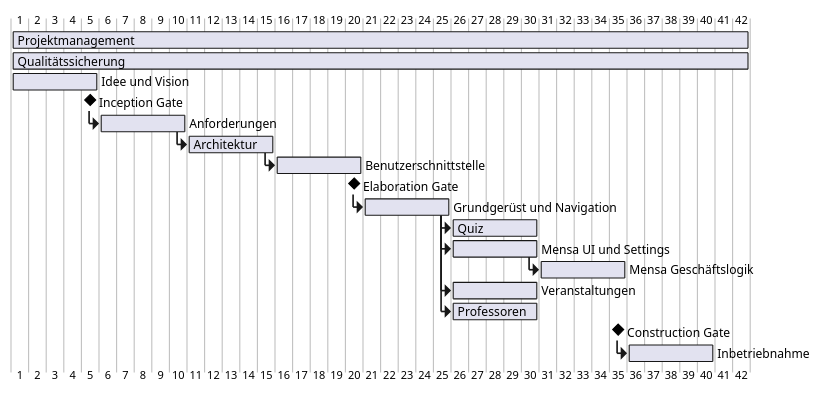
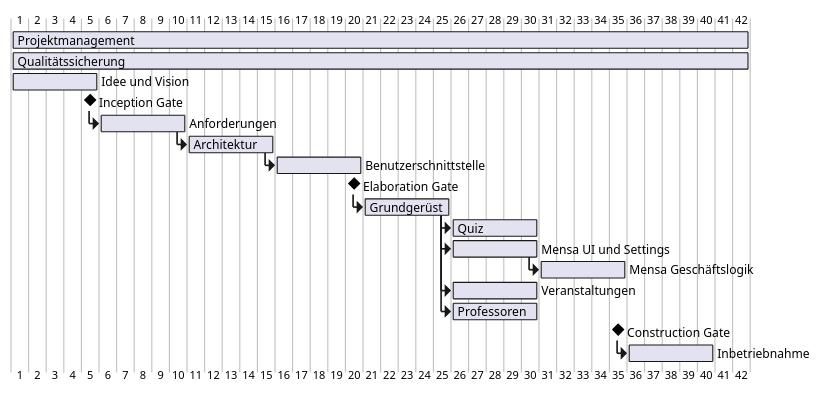
Before and after one commit to RobinNunkesser/plantuml: the diagram in companiongantt.pu, drawn with PlantUML. The commit also changed 10 other files, not shown here.

```diff
--- a/companiongantt.pu
+++ b/companiongantt.pu
@@ -1,28 +1,28 @@
 @startgantt
 [Projektmanagement] lasts 42 days
 [Qualitätssicherung] lasts 42 days
 [Idee und Vision] lasts 5 days
 [Inception Gate] happens at [Idee und Vision]'s end
 [Anforderungen] lasts 5 days
 [Anforderungen] starts at [Inception Gate]'s end
 [Architektur] lasts 5 days
 [Architektur] starts at [Anforderungen]'s end
 [Benutzerschnittstelle] lasts 5 days
 [Benutzerschnittstelle] starts at [Architektur]'s end
 [Elaboration Gate] happens at [Benutzerschnittstelle]'s end
-[Grundgerüst und Navigation] lasts 5 days
-[Grundgerüst und Navigation] starts at [Elaboration Gate]'s end
+[Grundgerüst] lasts 5 days
+[Grundgerüst] starts at [Elaboration Gate]'s end
 [Quiz] lasts 5 days
-[Quiz] starts at [Grundgerüst und Navigation]'s end
+[Quiz] starts at [Grundgerüst]'s end
 [Mensa UI und Settings] lasts 5 days
-[Mensa UI und Settings] starts at [Grundgerüst und Navigation]'s end
+[Mensa UI und Settings] starts at [Grundgerüst]'s end
 [Mensa Geschäftslogik] lasts 5 days
 [Mensa Geschäftslogik] starts at [Mensa UI und Settings]'s end
 [Veranstaltungen] lasts 5 days
-[Veranstaltungen] starts at [Grundgerüst und Navigation]'s end
+[Veranstaltungen] starts at [Grundgerüst]'s end
 [Professoren] lasts 5 days
-[Professoren] starts at [Grundgerüst und Navigation]'s end
+[Professoren] starts at [Grundgerüst]'s end
 [Construction Gate] happens at [Mensa Geschäftslogik]'s end
 [Inbetriebnahme] lasts 5 days
 [Inbetriebnahme] starts at [Construction Gate]'s end
 @endgantt
```
